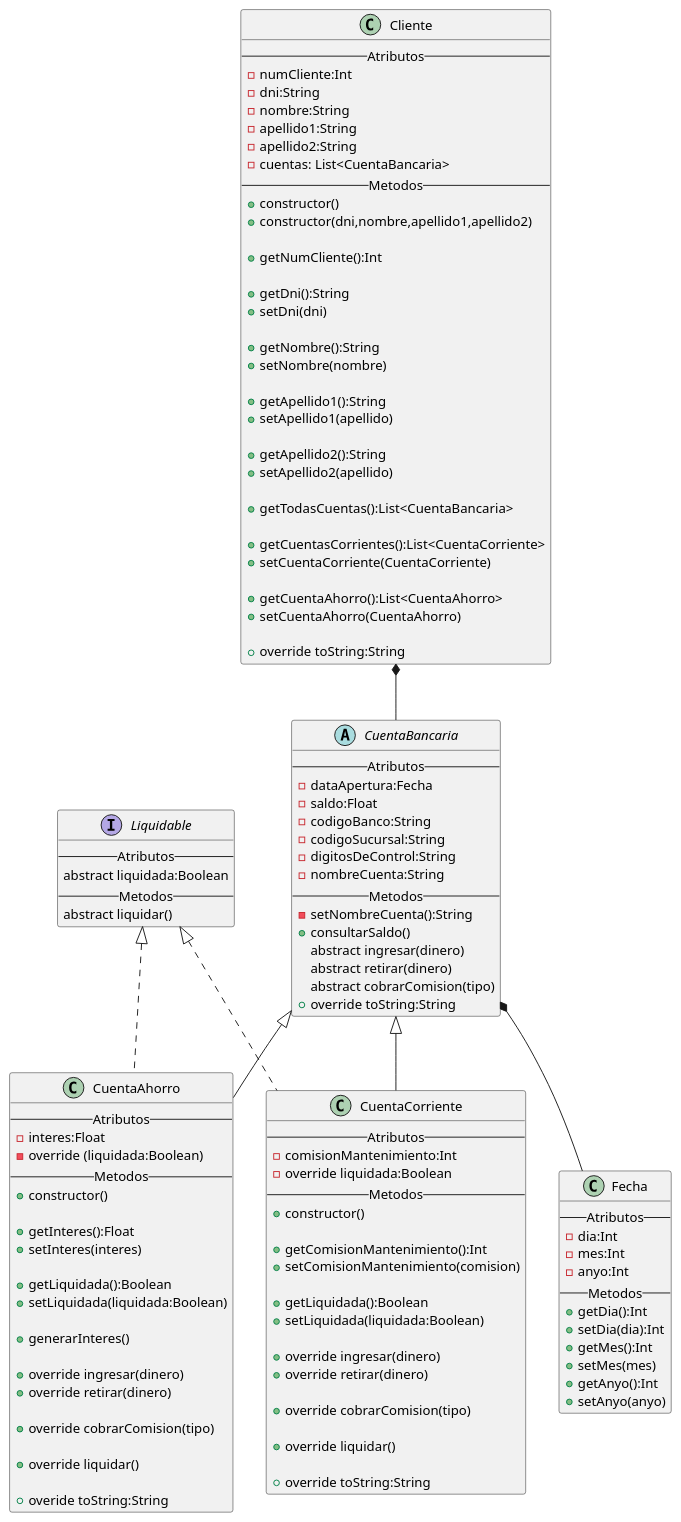
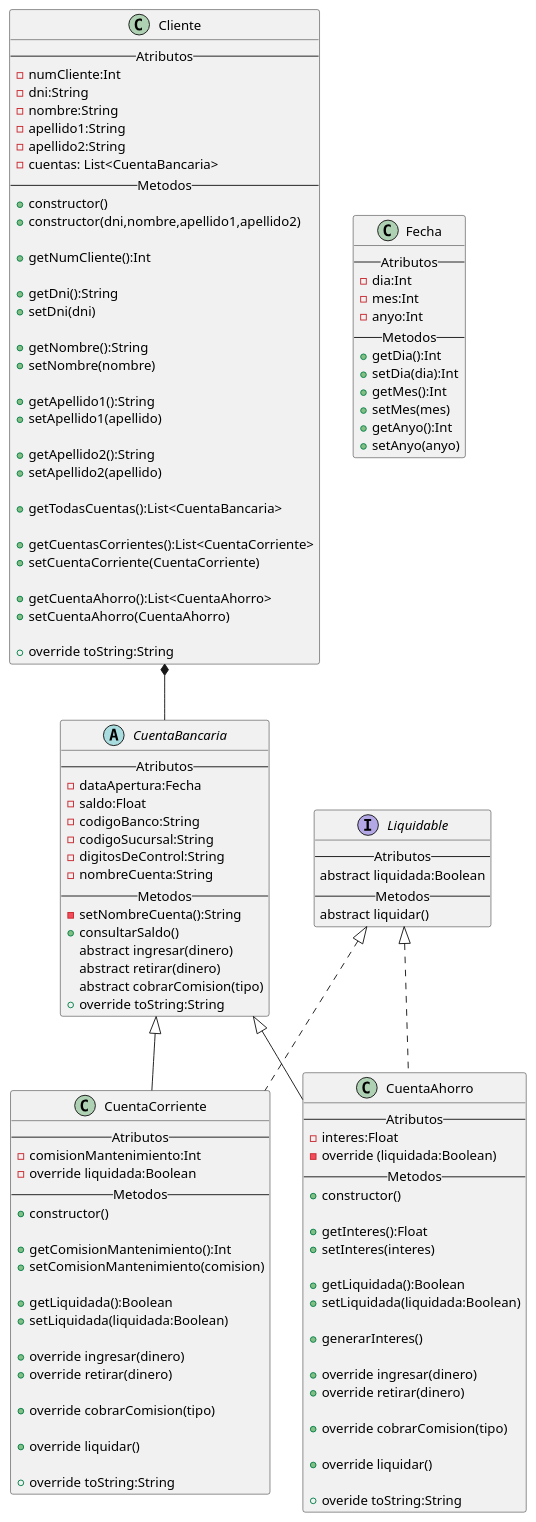
Before and after one commit to MaxDronCode/LadronesLegales: the diagram in src/main/kotlin/uml/DiagramaClases.puml, drawn with PlantUML. The commit also changed 5 other files, not shown here.

```diff
--- a/src/main/kotlin/uml/DiagramaClases.puml
+++ b/src/main/kotlin/uml/DiagramaClases.puml
@@ -1,140 +1,139 @@
 @startuml
 'https://plantuml.com/class-diagram
 
 class Cliente{
 --Atributos--
 -numCliente:Int
 -dni:String
 -nombre:String
 -apellido1:String
 -apellido2:String
 -cuentas: List<CuentaBancaria>
 --Metodos--
 +constructor()
 +constructor(dni,nombre,apellido1,apellido2)
 
 +getNumCliente():Int
 
 +getDni():String
 +setDni(dni)
 
 +getNombre():String
 +setNombre(nombre)
 
 +getApellido1():String
 +setApellido1(apellido)
 
 +getApellido2():String
 +setApellido2(apellido)
 
 +getTodasCuentas():List<CuentaBancaria>
 
 +getCuentasCorrientes():List<CuentaCorriente>
 +setCuentaCorriente(CuentaCorriente)
 
 +getCuentaAhorro():List<CuentaAhorro>
 +setCuentaAhorro(CuentaAhorro)
 
 +override toString:String
 }
 abstract CuentaBancaria{
 --Atributos--
 -dataApertura:Fecha
 -saldo:Float
 -codigoBanco:String
 -codigoSucursal:String
 -digitosDeControl:String
 -nombreCuenta:String
 --Metodos--
 -setNombreCuenta():String
 +consultarSaldo()
 abstract ingresar(dinero)
 abstract retirar(dinero)
 abstract cobrarComision(tipo)
 +override toString:String
 }
 
 class CuentaCorriente{
 --Atributos--
 -comisionMantenimiento:Int
 -override liquidada:Boolean
 --Metodos--
 +constructor()
 
 +getComisionMantenimiento():Int
 +setComisionMantenimiento(comision)
 
 +getLiquidada():Boolean
 +setLiquidada(liquidada:Boolean)
 
 +override ingresar(dinero)
 +override retirar(dinero)
 
 +override cobrarComision(tipo)
 
 +override liquidar()
 
 +override toString:String
 }
 
 class CuentaAhorro{
 --Atributos--
 -interes:Float
 -override (liquidada:Boolean)
 --Metodos--
 +constructor()
 
 +getInteres():Float
 +setInteres(interes)
 
 +getLiquidada():Boolean
 +setLiquidada(liquidada:Boolean)
 
 +generarInteres()
 
 +override ingresar(dinero)
 +override retirar(dinero)
 
 +override cobrarComision(tipo)
 
 +override liquidar()
 
 +overide toString:String
 }
 
 interface Liquidable {
 --Atributos--
 abstract liquidada:Boolean
 --Metodos--
 abstract liquidar()
 }
 
 class Fecha {
 --Atributos--
 -dia:Int
 -mes:Int
 -anyo:Int
 --Metodos--
 +getDia():Int
 +setDia(dia):Int
 +getMes():Int
 +setMes(mes)
 +getAnyo():Int
 +setAnyo(anyo)
 }
 
 
 CuentaBancaria <|-- CuentaAhorro
 CuentaBancaria <|-- CuentaCorriente
-CuentaBancaria *-- Fecha
 
 Liquidable <|.. CuentaAhorro
 Liquidable <|.. CuentaCorriente
 
 Cliente *-- CuentaBancaria
 
 
 
 
 
 @enduml
```
